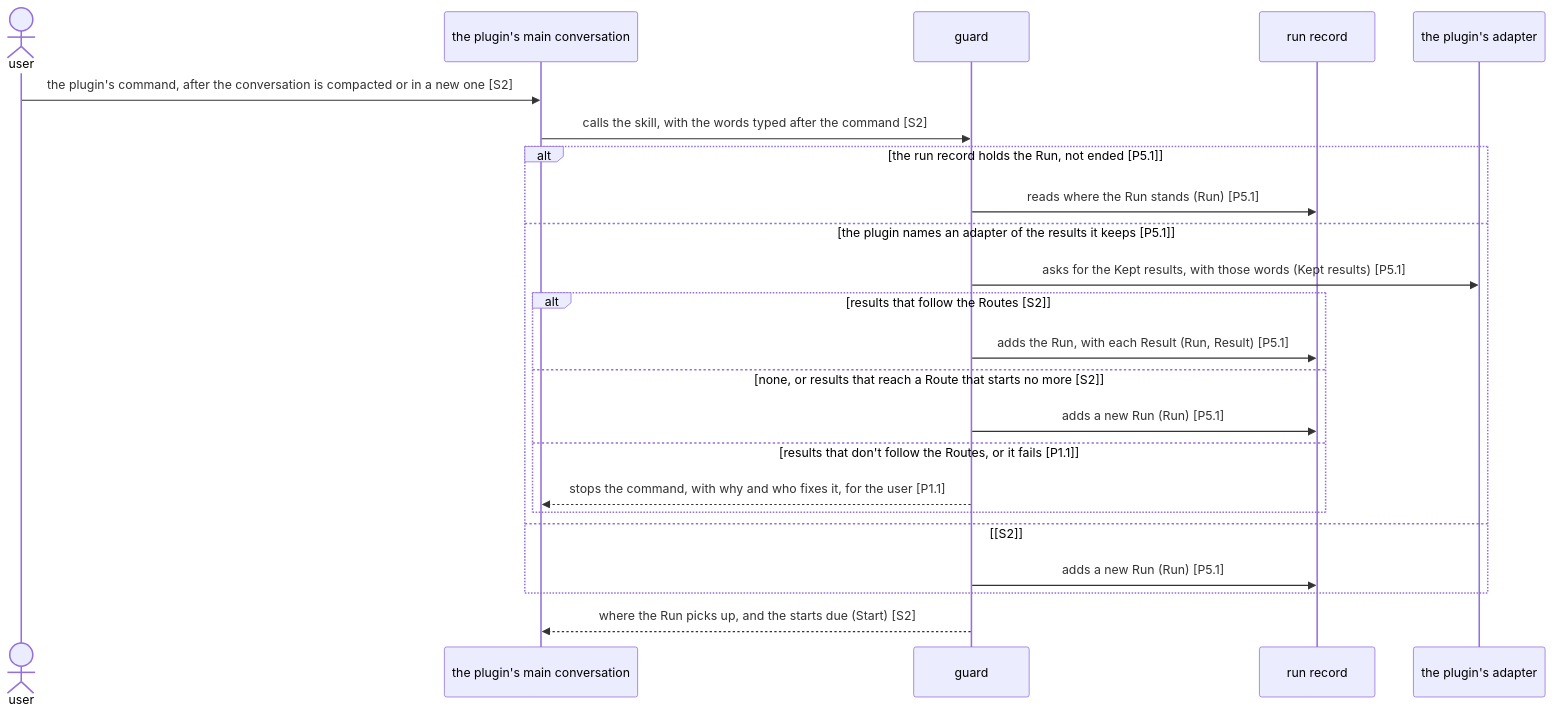
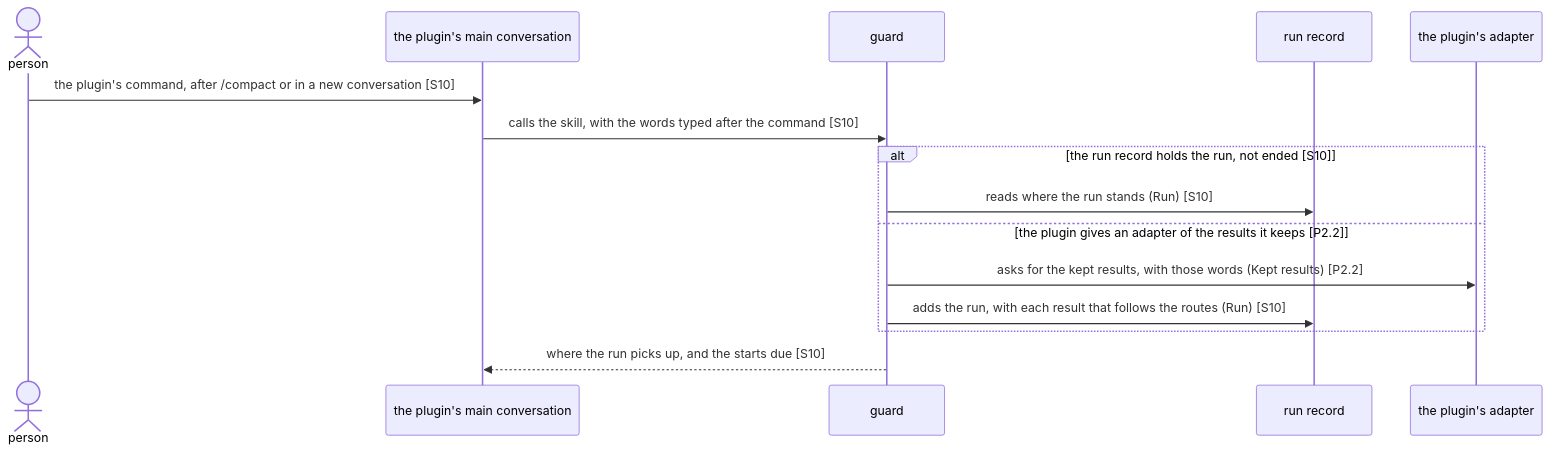
One commit to lovaizu/ccpm changed the third of 3 diagrams in dev/lane/architecture.md. Above: the diagram before and after it, drawn with Mermaid. The commit also changed other lines of this file and 4 other files, not shown here.

````diff
--- a/dev/lane/architecture.md
+++ b/dev/lane/architecture.md
@@ -276,25 +179,17 @@
 ```mermaid
 sequenceDiagram
-  actor U as user
+  actor U as person
   participant M as the plugin's main conversation
   participant G as guard
   participant RR as run record
   participant A as the plugin's adapter
-  U->>M: the plugin's command, after the conversation is compacted or in a new one [S2]
-  M->>G: calls the skill, with the words typed after the command [S2]
-  alt the run record holds the Run, not ended [P5.1]
-    G->>RR: reads where the Run stands (Run) [P5.1]
-  else the plugin names an adapter of the results it keeps [P5.1]
-    G->>A: asks for the Kept results, with those words (Kept results) [P5.1]
-    alt results that follow the Routes [S2]
-      G->>RR: adds the Run, with each Result (Run, Result) [P5.1]
-    else none, or results that reach a Route that starts no more [S2]
-      G->>RR: adds a new Run (Run) [P5.1]
-    else results that don't follow the Routes, or it fails [P1.1]
-      G-->>M: stops the command, with why and who fixes it, for the user [P1.1]
-    end
-  else [S2]
-    G->>RR: adds a new Run (Run) [P5.1]
+  U->>M: the plugin's command, after /compact or in a new conversation [S10]
+  M->>G: calls the skill, with the words typed after the command [S10]
+  alt the run record holds the run, not ended [S10]
+    G->>RR: reads where the run stands (Run) [S10]
+  else the plugin gives an adapter of the results it keeps [P2.2]
+    G->>A: asks for the kept results, with those words (Kept results) [P2.2]
+    G->>RR: adds the run, with each result that follows the routes (Run) [S10]
   end
-  G-->>M: where the Run picks up, and the starts due (Start) [S2]
+  G-->>M: where the run picks up, and the starts due [S10]
 ```
````
